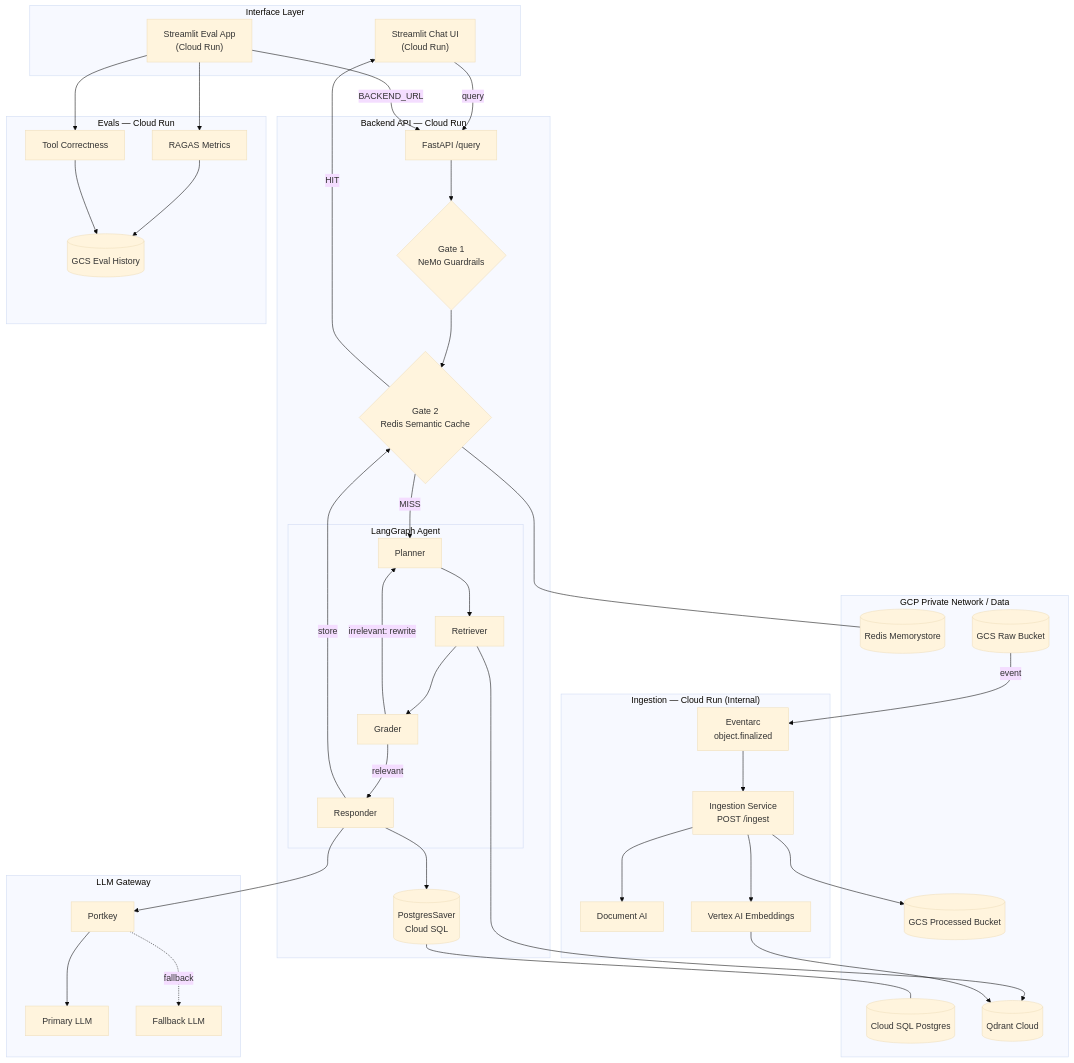
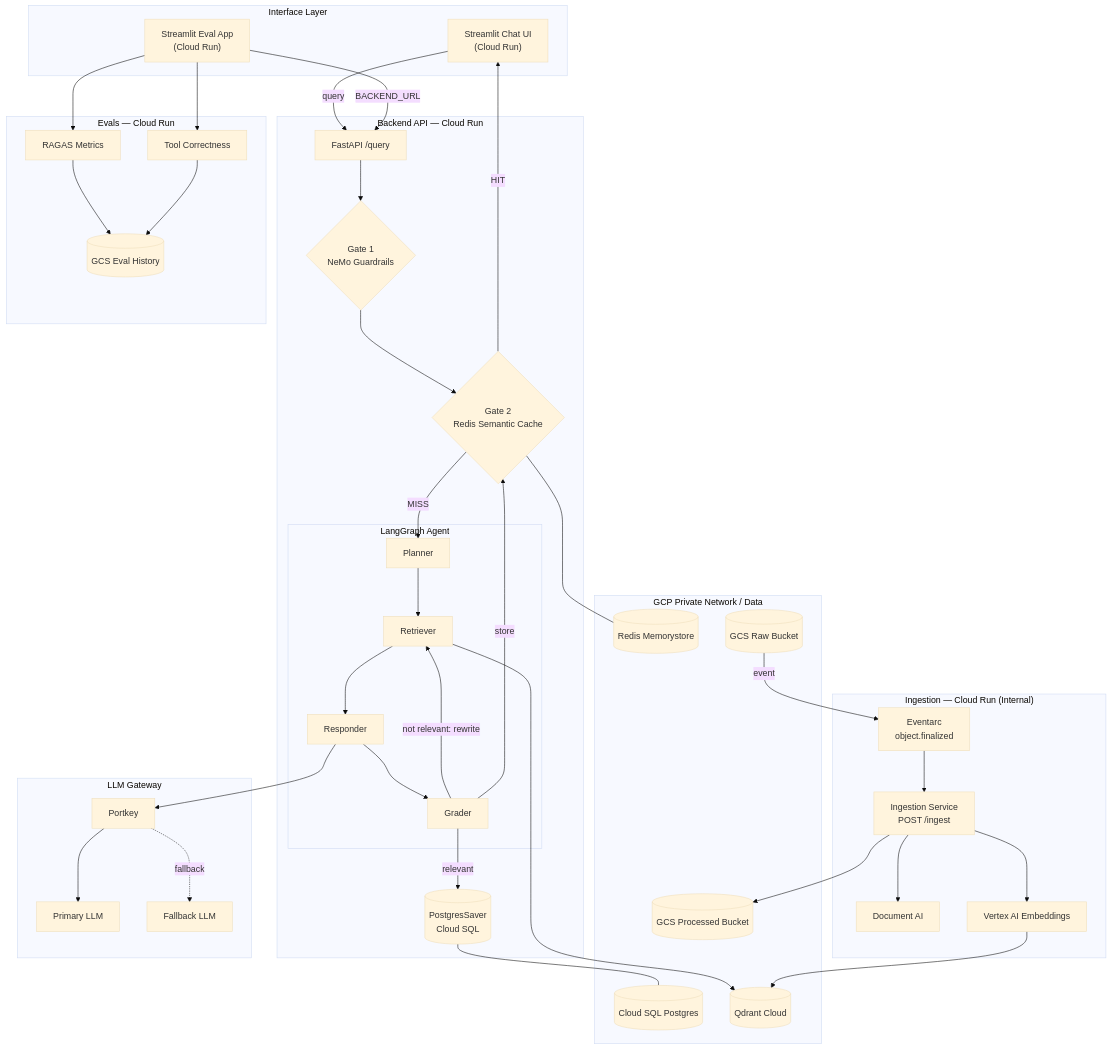
Before and after one commit to lalithdabilpuram01/enterprise_rag-with-GCP: the fifth of 5 diagrams in README.md, drawn with Mermaid (base theme). The commit also changed other lines of this file and 1 other file, not shown here.

````diff
--- a/README.md
+++ b/README.md
@@ -237,71 +338,70 @@
 ```mermaid
 graph TB
     subgraph UI ["Interface Layer"]
         CHAT["Streamlit Chat UI<br/>(Cloud Run)"]
         EAPP["Streamlit Eval App<br/>(Cloud Run)"]
     end
 
     subgraph BACKEND ["Backend API — Cloud Run"]
         API["FastAPI /query"]
         G1{"Gate 1<br/>NeMo Guardrails"}
         G2{"Gate 2<br/>Redis Semantic Cache"}
         subgraph AGENT ["LangGraph Agent"]
             PL["Planner"]
             RT["Retriever"]
+            RS["Responder"]
             GR["Grader"]
-            RS["Responder"]
         end
         MEM[("PostgresSaver<br/>Cloud SQL")]
     end
 
     subgraph INGEST ["Ingestion — Cloud Run (Internal)"]
         EA["Eventarc<br/>object.finalized"]
         SVC["Ingestion Service<br/>POST /ingest"]
         DOCAI["Document AI"]
         VEMB["Vertex AI Embeddings"]
     end
 
     subgraph EVALS ["Evals — Cloud Run"]
         RAGAS["RAGAS Metrics"]
         TC["Tool Correctness"]
         HIST[("GCS Eval History")]
     end
 
     subgraph DATA ["GCP Private Network / Data"]
         REDIS[("Redis Memorystore")]
         SQL[("Cloud SQL Postgres")]
         QD[("Qdrant Cloud")]
         GCS1[("GCS Raw Bucket")]
         GCS2[("GCS Processed Bucket")]
     end
 
     subgraph GATEWAY ["LLM Gateway"]
         PK["Portkey"]
         LLM1["Primary LLM"]
         LLM2["Fallback LLM"]
     end
 
     CHAT -->|query| API
     EAPP -->|BACKEND_URL| API
     API --> G1 --> G2
     G2 -->|HIT| CHAT
     G2 -->|MISS| PL
     PL --> RT --> QD
-    RT --> GR
-    GR -->|irrelevant: rewrite| PL
-    GR -->|relevant| RS
+    RT --> RS --> GR
+    GR -->|not relevant: rewrite| RT
+    GR -->|relevant| MEM
     RS --> PK --> LLM1
     PK -.->|fallback| LLM2
-    RS --> MEM
-    RS -->|store| G2
+    GR -->|store| G2
     G2 --- REDIS
     MEM --- SQL
 
     GCS1 -->|event| EA --> SVC
     SVC --> DOCAI
     SVC --> VEMB --> QD
     SVC --> GCS2
 
     EAPP --> RAGAS --> HIST
     EAPP --> TC --> HIST
 ```
````
